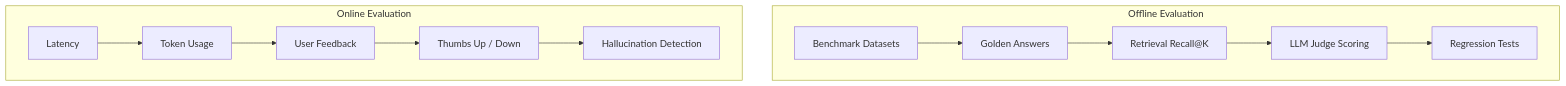
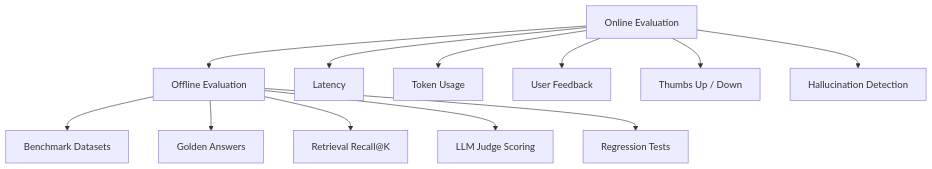
Before and after one commit to taixingbi/chat-bot-docs: the second of 2 diagrams in README.md, drawn with Mermaid.

Commit message:
Update evaluation flowchart in README.md

````diff
--- a/README.md
+++ b/README.md
@@ -26,23 +26,20 @@
 ```mermaid
 flowchart TD
 
-subgraph Offline Evaluation
-C1[Benchmark Datasets]
-C2[Golden Answers]
-C3[Retrieval Recall@K]
-C4[LLM Judge Scoring]
-C5[Regression Tests]
+B[Online Evaluation]
+C[Offline Evaluation]
 
-C1 --> C2 --> C3 --> C4 --> C5
-end
+B --> C
 
-subgraph Online Evaluation
-B1[Latency]
-B2[Token Usage]
-B3[User Feedback]
-B4[Thumbs Up / Down]
-B5[Hallucination Detection]
+B --> B1[Latency]
+B --> B2[Token Usage]
+B --> B3[User Feedback]
+B --> B4[Thumbs Up / Down]
+B --> B5[Hallucination Detection]
 
-B1 --> B2 --> B3 --> B4 --> B5
-end
+C --> C1[Benchmark Datasets]
+C --> C2[Golden Answers]
+C --> C3[Retrieval Recall@K]
+C --> C4[LLM Judge Scoring]
+C --> C5[Regression Tests]
 ```
````
